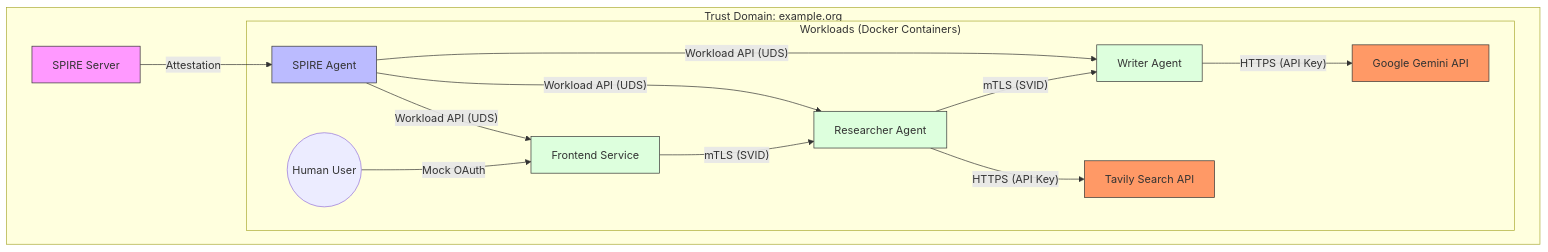
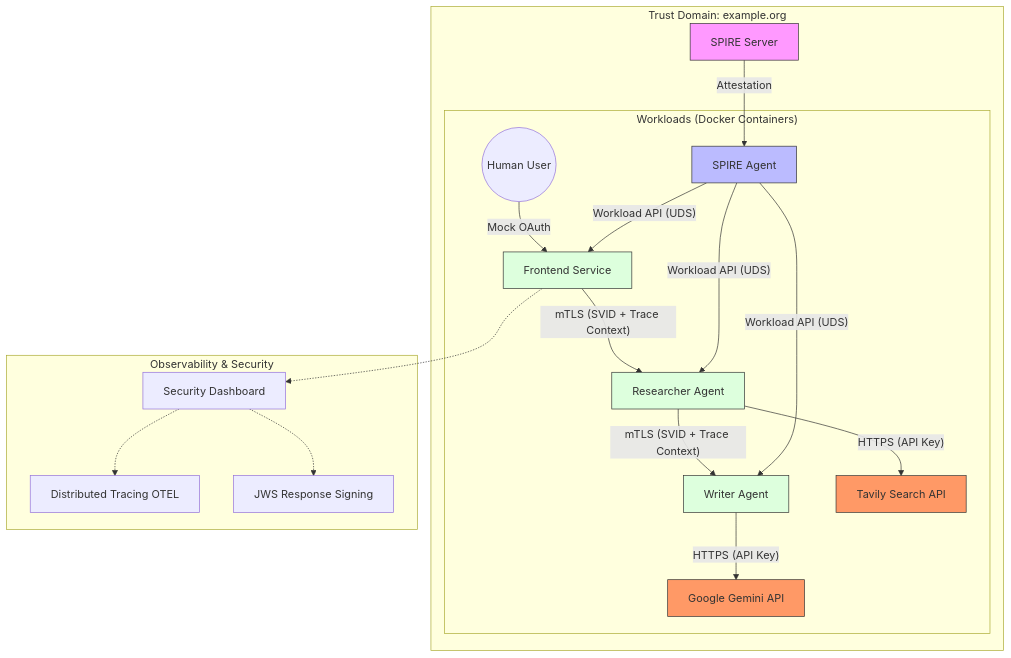
One commit to jay-chetty-ai/zero-trust-agent-mesh changed the diagram in SYSTEM.md. Above: the diagram before and after it, drawn with Mermaid. The commit also changed other lines of this file and 26 other files, not shown here.

First line of the commit message:
Feat: Implement Distributed Tracing, content signing, and Security Inspector UI

````diff
--- a/SYSTEM.md
+++ b/SYSTEM.md
@@ -10,28 +10,34 @@
 ```mermaid
 graph TD
     subgraph "Trust Domain: example.org"
         SS[SPIRE Server] -- Attestation --> SA[SPIRE Agent]
         
         subgraph "Workloads (Docker Containers)"
             User((Human User)) -- Mock OAuth --> UI[Frontend Service]
             
-            UI -- mTLS (SVID) --> RA[Researcher Agent]
-            RA -- mTLS (SVID) --> WA[Writer Agent]
+            UI -- mTLS (SVID + Trace Context) --> RA[Researcher Agent]
+            RA -- mTLS (SVID + Trace Context) --> WA[Writer Agent]
             
             WA -- HTTPS (API Key) --> Gemini[Google Gemini API]
             RA -- HTTPS (API Key) --> Tavily[Tavily Search API]
             
             SA -- Workload API (UDS) --> UI
             SA -- Workload API (UDS) --> RA
             SA -- Workload API (UDS) --> WA
         end
     end
     
+    subgraph "Observability & Security"
+        UI -.-> Dashboard[Security Dashboard]
+        Dashboard -.-> Tracing[Distributed Tracing OTEL]
+        Dashboard -.-> JWS[JWS Response Signing]
+    end
+    
     style SS fill:#f9f,stroke:#333
     style SA fill:#bbf,stroke:#333
     style UI fill:#dfd,stroke:#333
     style RA fill:#dfd,stroke:#333
     style WA fill:#dfd,stroke:#333
     style Gemini fill:#f96,stroke:#333
     style Tavily fill:#f96,stroke:#333
 ```
````
